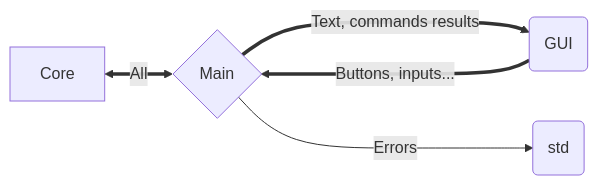
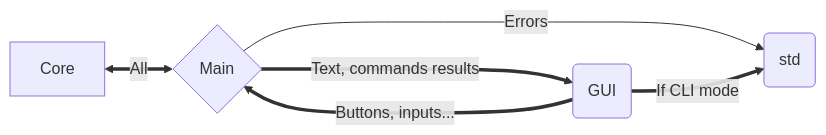
One commit to SnabbGET/SnabbGET changed the first of 3 diagrams in src/README.md. Above: the diagram before and after it, drawn with Mermaid. The commit also changed other lines of this file, not shown here.

````diff
--- a/src/README.md
+++ b/src/README.md
@@ -8,8 +8,9 @@
 ```mermaid
 flowchart LR
 
-A{Main} ===> |Text, commands results| B
-B(GUI)  ===> |Buttons, inputs...| A
-A       ---> |Errors| D(std)
-C[Core] <==> |All| A
+A{Main} ==> |Text, commands results| B
+B(GUI) ===> |Buttons, inputs...| A
+A       --> |Errors| D(std)
+C[Core]<==> |All| A
+B       ==> |If CLI mode| D
 ```
````
